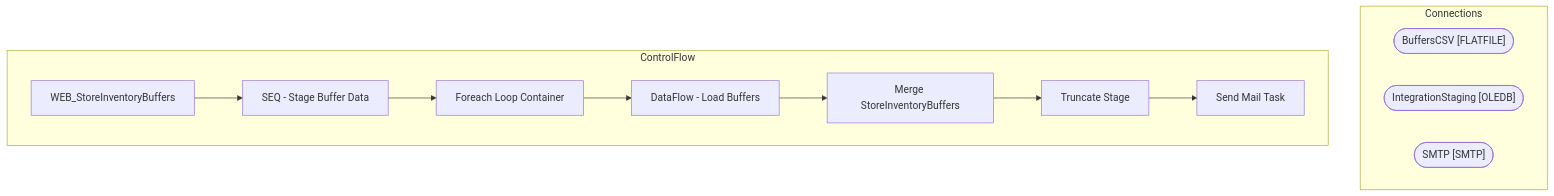
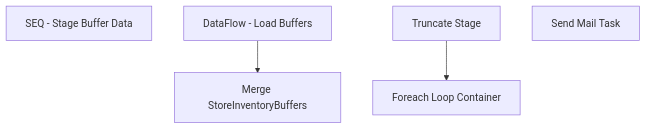
The diagram in bab-docs-explorer/Documentation/STL-SSIS-P-01/SSIS/WEB/WEB_StoreInventoryBuffers.WEB_StoreInventoryBuffers.md (juanandresbrain/BABSkills), drawn with Mermaid before and after one commit. The commit also changed other lines of this file and 273 other files, not shown here.

````diff
--- a/bab-docs-explorer/Documentation/STL-SSIS-P-01/SSIS/WEB/WEB_StoreInventoryBuffers.WEB_StoreInventoryBuffers.md
+++ b/bab-docs-explorer/Documentation/STL-SSIS-P-01/SSIS/WEB/WEB_StoreInventoryBuffers.WEB_StoreInventoryBuffers.md
@@ -9,23 +40,11 @@
 ```mermaid
 flowchart TD
-    subgraph Connections
-        BuffersCSV_conn(["BuffersCSV [FLATFILE]"])
-        IntegrationStaging_conn(["IntegrationStaging [OLEDB]"])
-        SMTP_conn(["SMTP [SMTP]"])
-    end
-    subgraph ControlFlow
-        WEB_StoreInventoryBuffers_task["WEB_StoreInventoryBuffers"]
-        SEQ___Stage_Buffer_Data_task["SEQ - Stage Buffer Data"]
-        WEB_StoreInventoryBuffers_task --> SEQ___Stage_Buffer_Data_task
-        Foreach_Loop_Container_task["Foreach Loop Container"]
-        SEQ___Stage_Buffer_Data_task --> Foreach_Loop_Container_task
-        DataFlow___Load_Buffers_task["DataFlow - Load Buffers"]
-        Foreach_Loop_Container_task --> DataFlow___Load_Buffers_task
-        Merge_StoreInventoryBuffers_task["Merge StoreInventoryBuffers"]
-        DataFlow___Load_Buffers_task --> Merge_StoreInventoryBuffers_task
-        Truncate_Stage_task["Truncate Stage"]
-        Merge_StoreInventoryBuffers_task --> Truncate_Stage_task
-        Send_Mail_Task_task["Send Mail Task"]
-        Truncate_Stage_task --> Send_Mail_Task_task
-    end
+    n_Package_SEQ___Stage_Buffer_Data["SEQ - Stage Buffer Data"]
+    n_Package_SEQ___Stage_Buffer_Data_Foreach_Loop_Container["Foreach Loop Container"]
+    n_Package_SEQ___Stage_Buffer_Data_Foreach_Loop_Container_DataFlow___Load_Buffers["DataFlow - Load Buffers"]
+    n_Package_SEQ___Stage_Buffer_Data_Foreach_Loop_Container_Merge_StoreInventoryBuffers["Merge StoreInventoryBuffers"]
+    n_Package_SEQ___Stage_Buffer_Data_Truncate_Stage["Truncate Stage"]
+    n_Package_EventHandlers_OnError__Send_Mail_Task["Send Mail Task"]
+    n_Package_SEQ___Stage_Buffer_Data_Foreach_Loop_Container_DataFlow___Load_Buffers --> n_Package_SEQ___Stage_Buffer_Data_Foreach_Loop_Container_Merge_StoreInventoryBuffers
+    n_Package_SEQ___Stage_Buffer_Data_Truncate_Stage --> n_Package_SEQ___Stage_Buffer_Data_Foreach_Loop_Container
 ```
````
